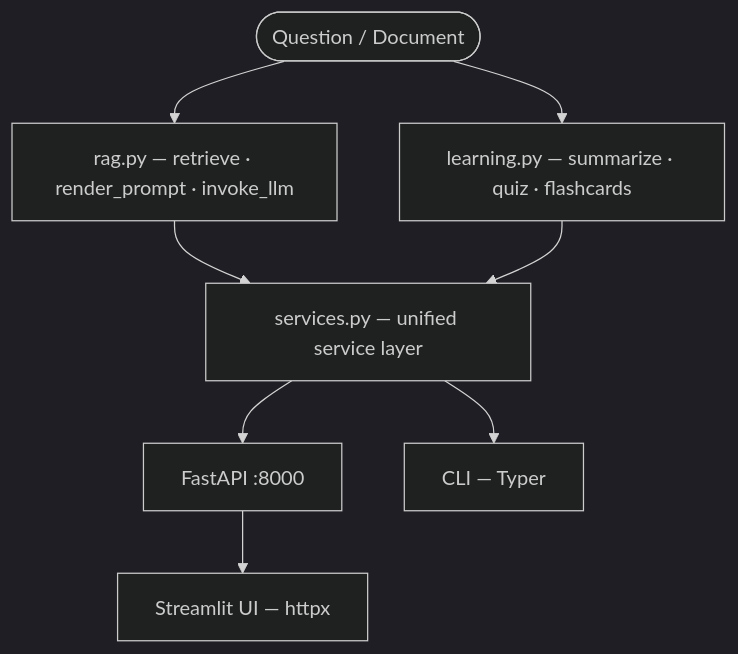
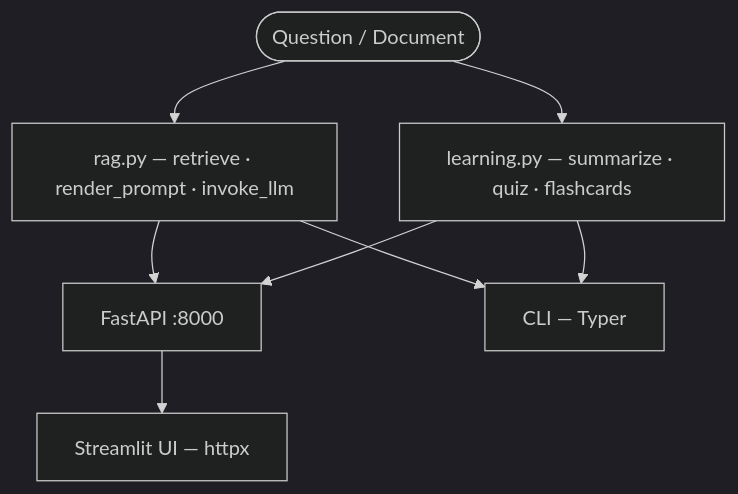
The second of 2 diagrams in README.md (Datyth/RAG-for-Learning-System), drawn with Mermaid (dark theme) before and after one commit. The commit also changed other lines of this file and 11 other files, not shown here.

````diff
--- a/README.md
+++ b/README.md
@@ -55,15 +55,14 @@
 ```mermaid
 flowchart TD
     Input(["Question / Document"])
     RAG["rag.py — retrieve · render_prompt · invoke_llm"]
     LRN["learning.py — summarize · quiz · flashcards"]
-    SVC["services.py — unified service layer"]
     API["FastAPI :8000"]
     CLI["CLI — Typer"]
     UI["Streamlit UI — httpx"]
 
     Input --> RAG & LRN
-    RAG & LRN --> SVC
-    SVC --> API & CLI
+    RAG --> API & CLI
+    LRN --> API & CLI
     API --> UI
 ```
````
